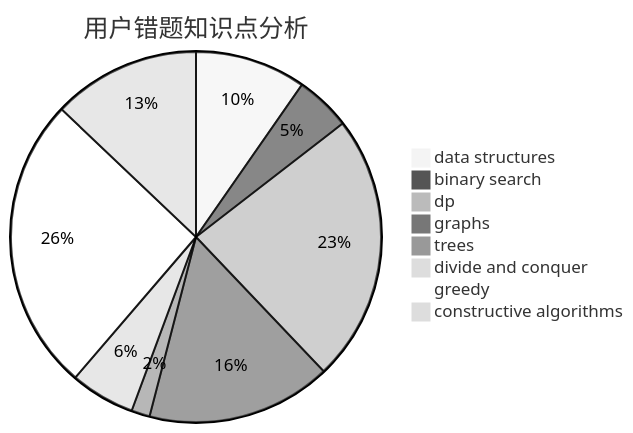
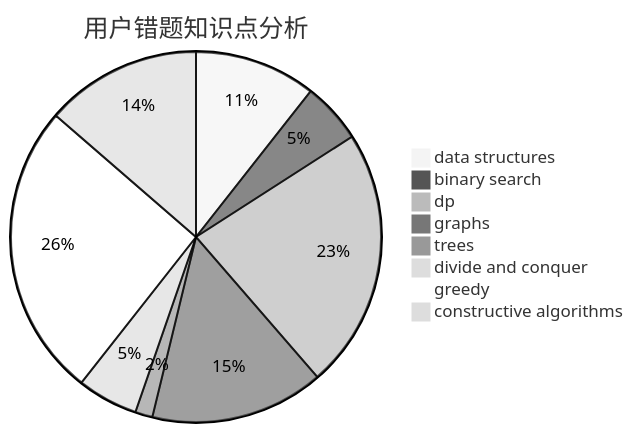
Before and after one commit to sherpahu/cfrs.github.io: the third of 3 diagrams in docs/user/u2101.md, drawn with Mermaid (neutral theme). The commit also changed other lines of this file and 2770 other files, not shown here.

````diff
--- a/docs/user/u2101.md
+++ b/docs/user/u2101.md
@@ -36,11 +36,11 @@
 ```mermaid
 pie title 用户错题知识点分析
-    "data structures" :  12
-    "binary search" :  6
-    "dp" :  29
+    "data structures" :  14
+    "binary search" :  7
+    "dp" :  30
     "graphs" :  20
     "trees" :  2
     "divide and conquer" :  7
-    "greedy" :  32
-    "constructive algorithms" :  16
+    "greedy" :  34
+    "constructive algorithms" :  18
 ```
````
